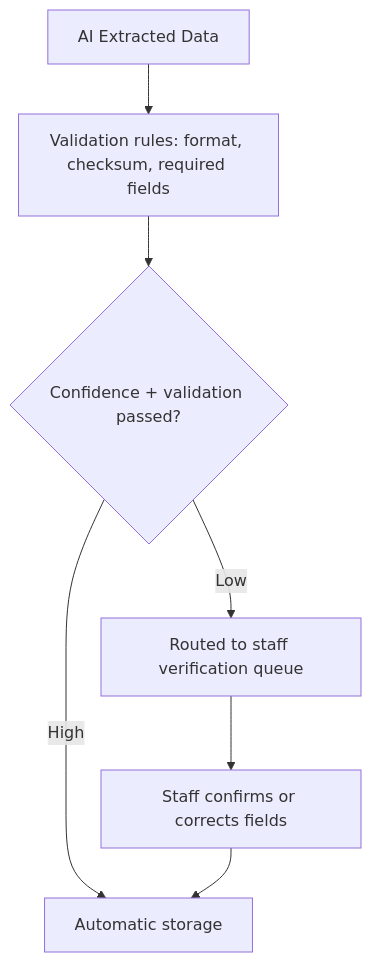
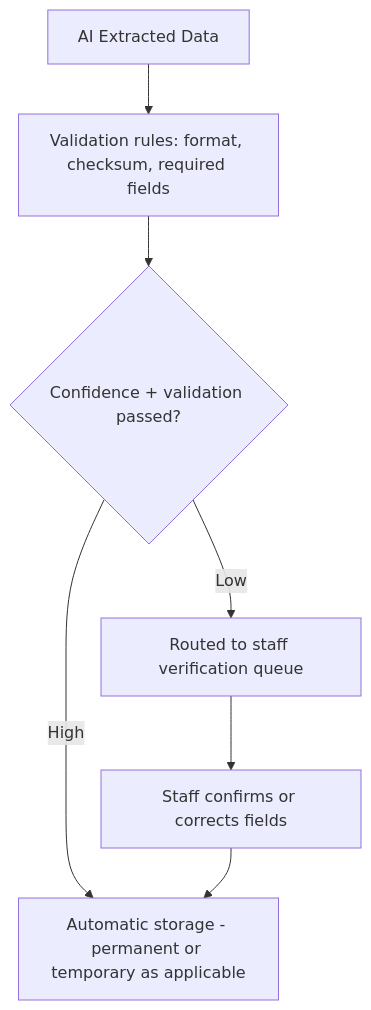
Diagram 16 of 16 in Docs/WhatsApp-Document-Submission-Proposal.md (emlynk-pixel/EmlynkWABot), drawn with Mermaid before and after one commit. The commit also changed other lines of this file, not shown here.

````diff
--- a/Docs/WhatsApp-Document-Submission-Proposal.md
+++ b/Docs/WhatsApp-Document-Submission-Proposal.md
@@ -758,9 +1095,9 @@
 ```mermaid
 flowchart TD
     Extract[AI Extracted Data] --> Rules[Validation rules: format, checksum, required fields]
     Rules --> Conf{Confidence + validation passed?}
-    Conf -->|High| Auto[Automatic storage]
+    Conf -->|High| Auto[Automatic storage - permanent or temporary as applicable]
     Conf -->|Low| Review[Routed to staff verification queue]
     Review --> StaffCheck[Staff confirms or corrects fields]
     StaffCheck --> Auto
 ```
````
